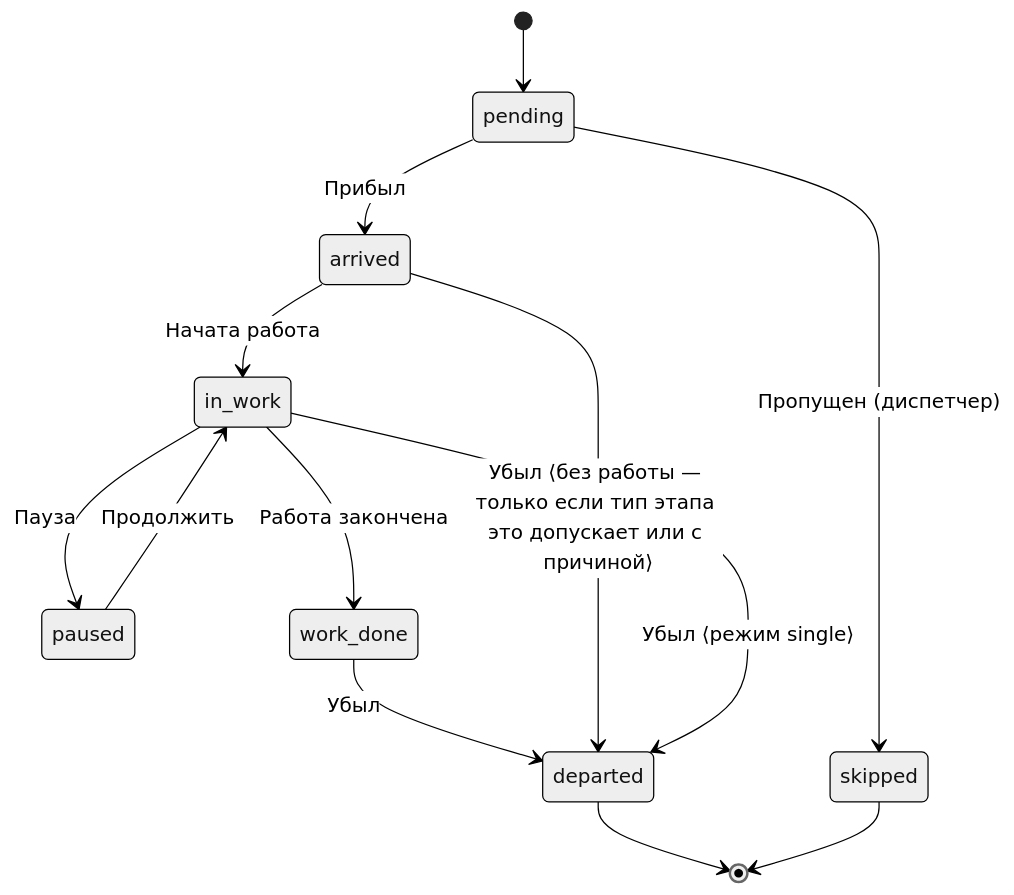
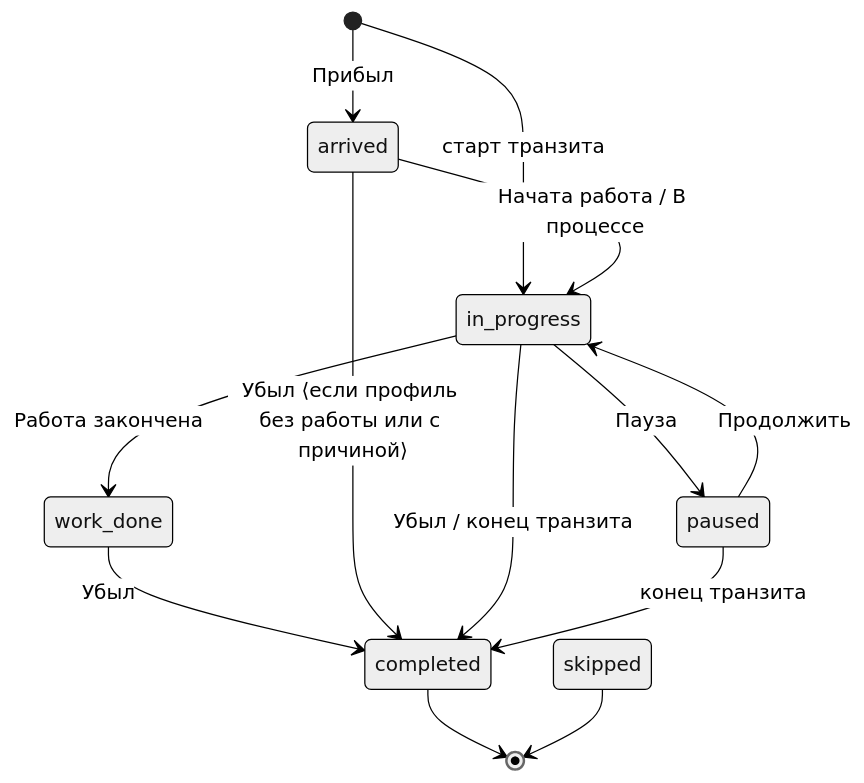
Before and after one commit to spite-creator/plobi-chat: the first of 2 diagrams in docs/state-machine.md, drawn with Mermaid (neutral theme). The commit also changed other lines of this file and 3 other files, not shown here.

````diff
--- a/docs/state-machine.md
+++ b/docs/state-machine.md
@@ -34,15 +32,15 @@
 ```mermaid
 stateDiagram-v2
-    [*] --> pending
-    pending --> arrived: Прибыл
-    arrived --> in_work: Начата работа
-    in_work --> paused: Пауза
-    paused --> in_work: Продолжить
-    in_work --> work_done: Работа закончена
-    work_done --> departed: Убыл
-    arrived --> departed: Убыл ⟨без работы — только если тип этапа это допускает или с причиной⟩
-    in_work --> departed: Убыл ⟨режим single⟩
-    pending --> skipped: Пропущен (диспетчер)
-    departed --> [*]
+    [*] --> arrived: Прибыл
+    [*] --> in_progress: старт транзита
+    arrived --> in_progress: Начата работа / В процессе
+    in_progress --> paused: Пауза
+    paused --> in_progress: Продолжить
+    in_progress --> work_done: Работа закончена
+    work_done --> completed: Убыл
+    arrived --> completed: Убыл ⟨если профиль без работы или с причиной⟩
+    in_progress --> completed: Убыл / конец транзита
+    paused --> completed: конец транзита
+    completed --> [*]
     skipped --> [*]
 ```
````
